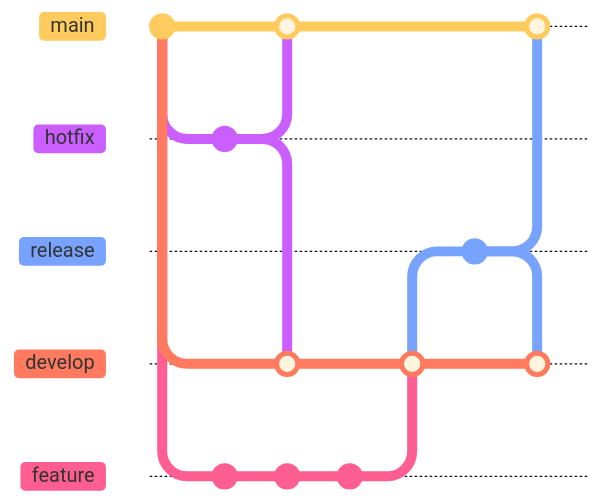
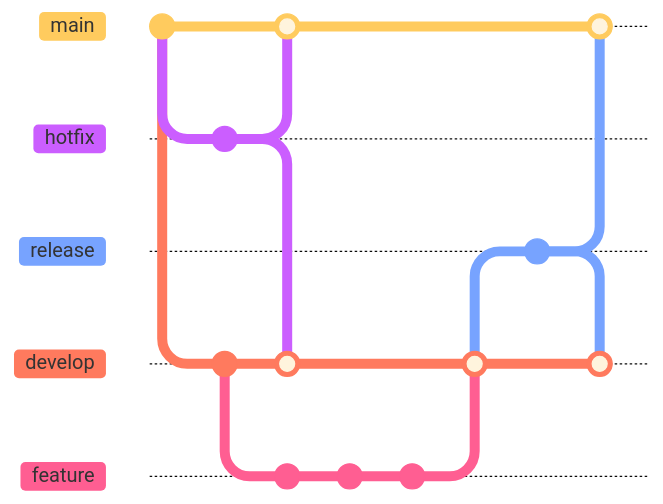
One commit to jmnavas3/TFG changed the diagram in doc/gitflow.md. Above: the diagram before and after it, drawn with Mermaid. Commit ids are hidden.

Commit message:
gitgraph error

````diff
--- a/doc/gitflow.md
+++ b/doc/gitflow.md
@@ -1,29 +1,29 @@
 ```mermaid
 %%{init: { 'logLevel': 'debug', 'theme': 'base', 'gitGraph': {'parallelCommits': true ,'showCommitLabel': false} } }%%
       gitGraph LR:
         commit
         branch hotfix
         branch develop order: 1
         checkout develop
+        commit
         branch feature order: 2
         commit
-        checkout main
         checkout hotfix
         commit type:NORMAL
         checkout main
         merge hotfix
         checkout feature
         commit
         checkout develop
         merge hotfix
         checkout feature
         commit
         checkout develop
         merge feature
         branch release
         commit
         checkout main
         merge release
         checkout develop
         merge release
 ```
````
